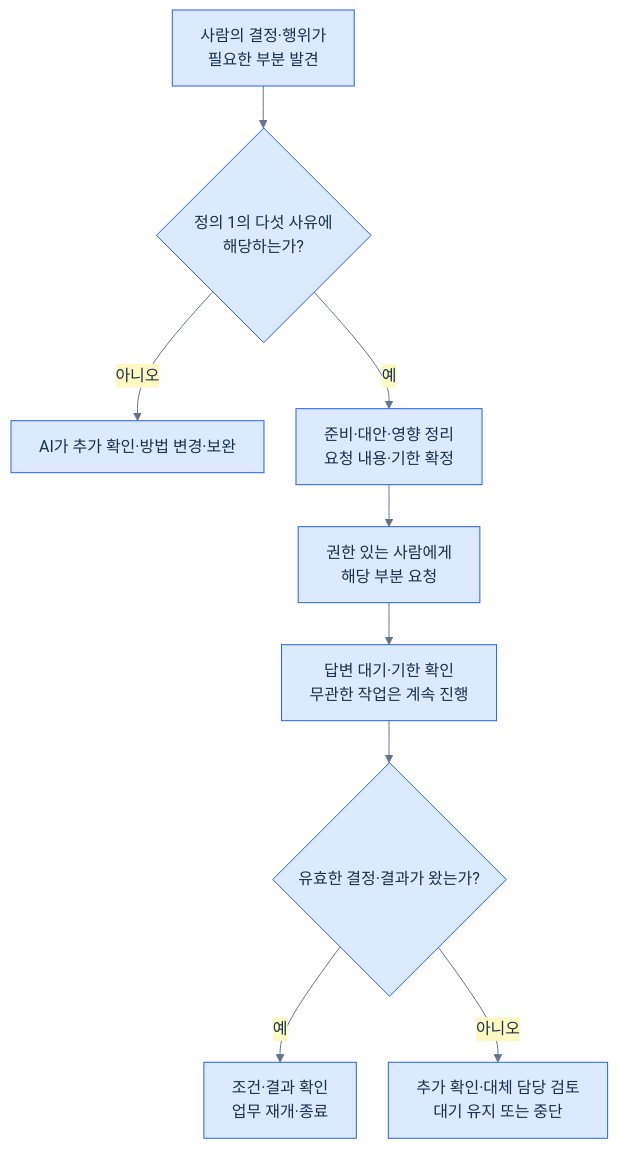
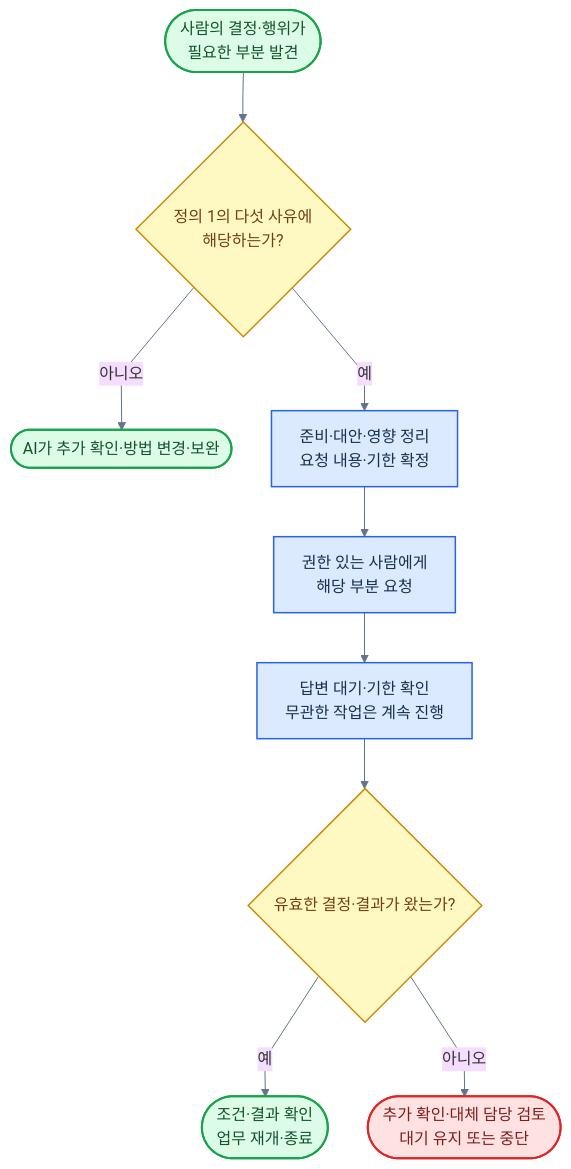
Before and after one commit to harisbaguette/expert: diagram 14 of 17 in 전문가 에이전트 정의 2.md, drawn with Mermaid. The commit also changed other lines of this file, not shown here.

````diff
--- a/전문가 에이전트 정의 2.md
+++ b/전문가 에이전트 정의 2.md
@@ -408,13 +568,25 @@
 ```mermaid
-%%{init: {"theme": "base", "themeVariables": {"fontFamily": "Arial, sans-serif", "fontSize": "16px", "primaryColor": "#dbeafe", "primaryTextColor": "#17314f", "primaryBorderColor": "#2563eb", "lineColor": "#64748b", "secondaryColor": "#fef9c3", "tertiaryColor": "#f8fafc"}, "flowchart": {"curve": "basis", "nodeSpacing": 32, "rankSpacing": 42, "padding": 14, "wrappingWidth": 240, "useMaxWidth": true}}}%%
+%%{init: {"theme":"base","themeVariables":{"fontFamily":"Arial, sans-serif","fontSize":"16px","lineColor":"#64748b"},"flowchart":{"curve":"linear","nodeSpacing":40,"rankSpacing":50,"padding":14,"wrappingWidth":240,"useMaxWidth":true}}}%%
 flowchart TB
-    A["사람의 결정·행위가<br/>필요한 부분 발견"]
-    A --> B{"정의 1의 다섯 사유에<br/>해당하는가?"}
-    B -->|아니오| C["AI가 추가 확인·방법 변경·보완"]
-    B -->|예| D["준비·대안·영향 정리<br/>요청 내용·기한 확정"]
-    D --> E["권한 있는 사람에게<br/>해당 부분 요청"]
-    E --> F["답변 대기·기한 확인<br/>무관한 작업은 계속 진행"]
-    F --> G{"유효한 결정·결과가 왔는가?"}
-    G -->|예| H["조건·결과 확인<br/>업무 재개·종료"]
-    G -->|아니오| I["추가 확인·대체 담당 검토<br/>대기 유지 또는 중단"]
+    S(["사람의 결정·행위가<br/>필요한 부분 발견"])
+    B{"정의 1의 다섯 사유에<br/>해당하는가?"}
+    C(["AI가 추가 확인·방법 변경·보완"])
+    D["준비·대안·영향 정리<br/>요청 내용·기한 확정"]
+    E["권한 있는 사람에게<br/>해당 부분 요청"]
+    F["답변 대기·기한 확인<br/>무관한 작업은 계속 진행"]
+    G{"유효한 결정·결과가 왔는가?"}
+    H(["조건·결과 확인<br/>업무 재개·종료"])
+    I(["추가 확인·대체 담당 검토<br/>대기 유지 또는 중단"])
+    S --> B
+    B -->|아니오| C
+    B -->|예| D --> E --> F --> G
+    G -->|예| H
+    G -->|아니오| I
+    classDef default fill:#dbeafe,stroke:#2563eb,stroke-width:1.5px,color:#17314f
+    classDef term fill:#dcfce7,stroke:#16a34a,stroke-width:2px,color:#14532d
+    classDef stop fill:#fee2e2,stroke:#dc2626,stroke-width:2px,color:#7f1d1d
+    classDef dec fill:#fef9c3,stroke:#ca8a04,stroke-width:1.5px,color:#713f12
+    class S,C,H term
+    class I stop
+    class B,G dec
 ```
````
